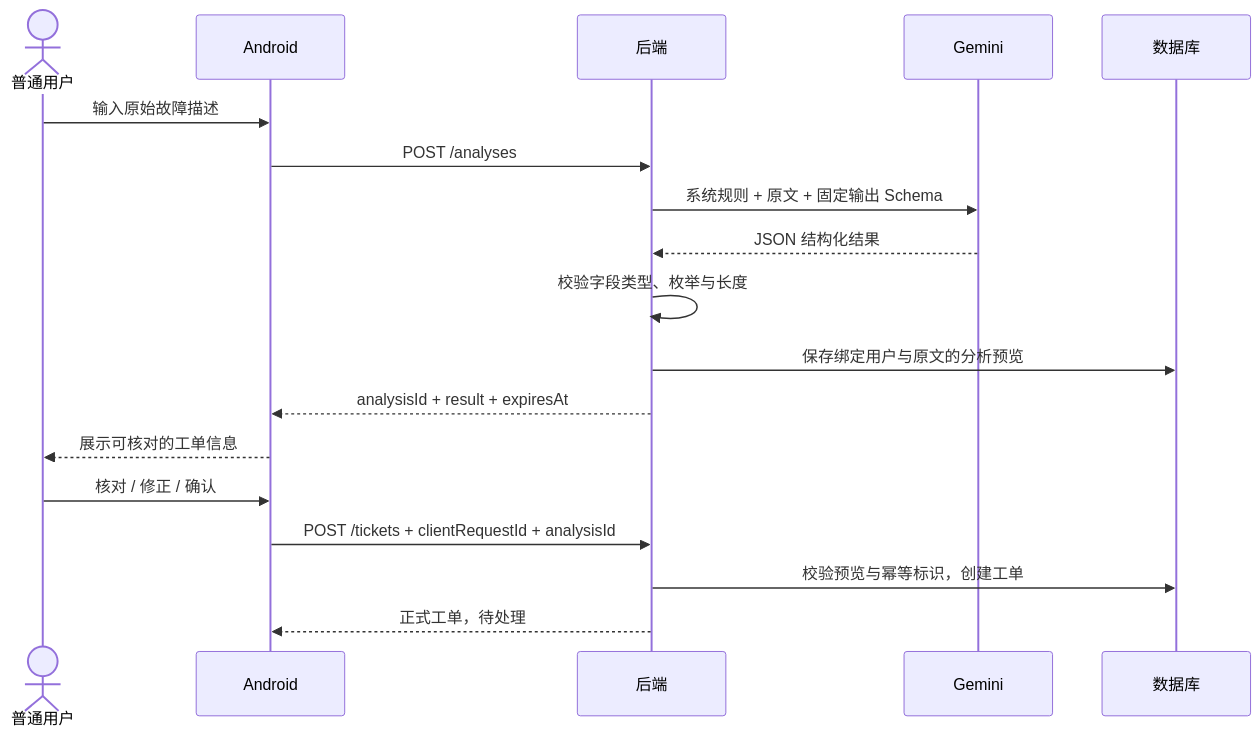
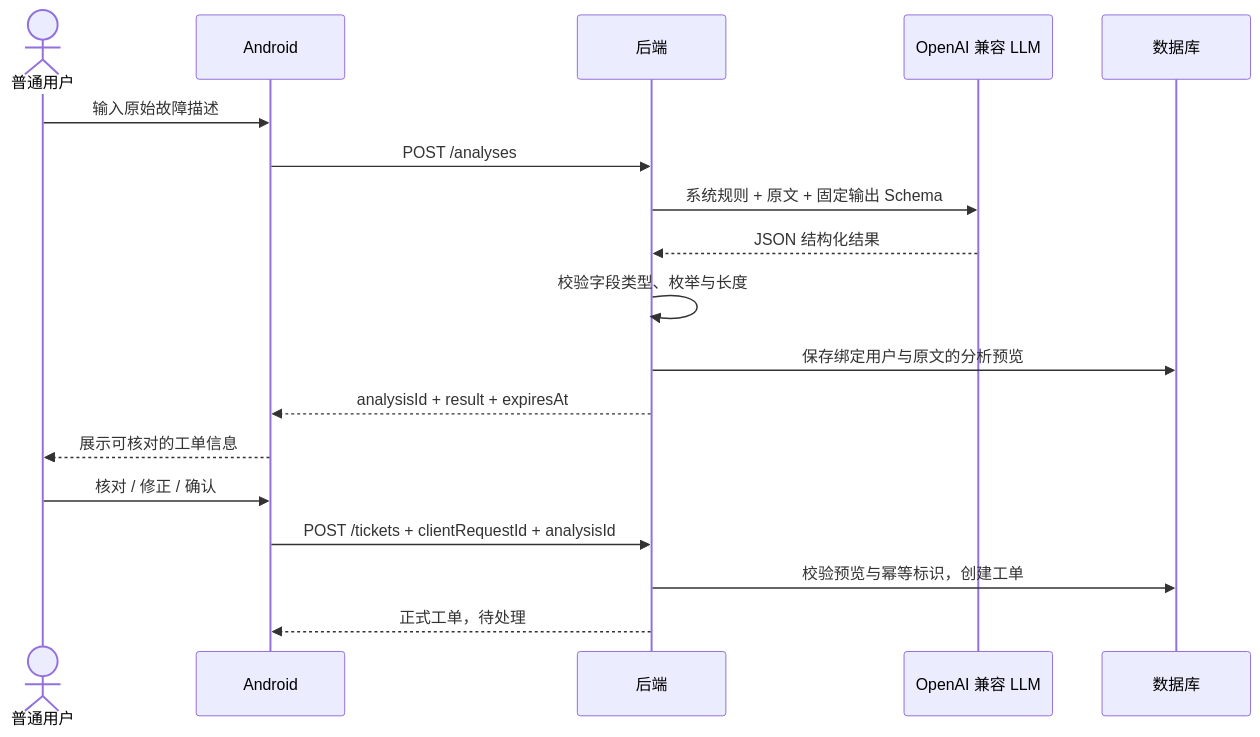
Before and after one commit to L1ke40oz/smart-workorder-system: the first of 2 diagrams in docs/开发流程与报告素材.md, drawn with Mermaid. The commit also changed other lines of this file and 22 other files, not shown here.

Commit message:
refactor: use OpenAI-compatible LLM protocol

````diff
--- a/docs/开发流程与报告素材.md
+++ b/docs/开发流程与报告素材.md
@@ -20,20 +20,20 @@
 ```mermaid
 sequenceDiagram
     actor U as 普通用户
     participant A as Android
     participant B as 后端
-    participant G as Gemini
+    participant G as OpenAI 兼容 LLM
     participant D as 数据库
     U->>A: 输入原始故障描述
     A->>B: POST /analyses
     B->>G: 系统规则 + 原文 + 固定输出 Schema
     G-->>B: JSON 结构化结果
     B->>B: 校验字段类型、枚举与长度
     B->>D: 保存绑定用户与原文的分析预览
     B-->>A: analysisId + result + expiresAt
     A-->>U: 展示可核对的工单信息
     U->>A: 核对 / 修正 / 确认
     A->>B: POST /tickets + clientRequestId + analysisId
     B->>D: 校验预览与幂等标识，创建工单
     B-->>A: 正式工单，待处理
 ```
````
